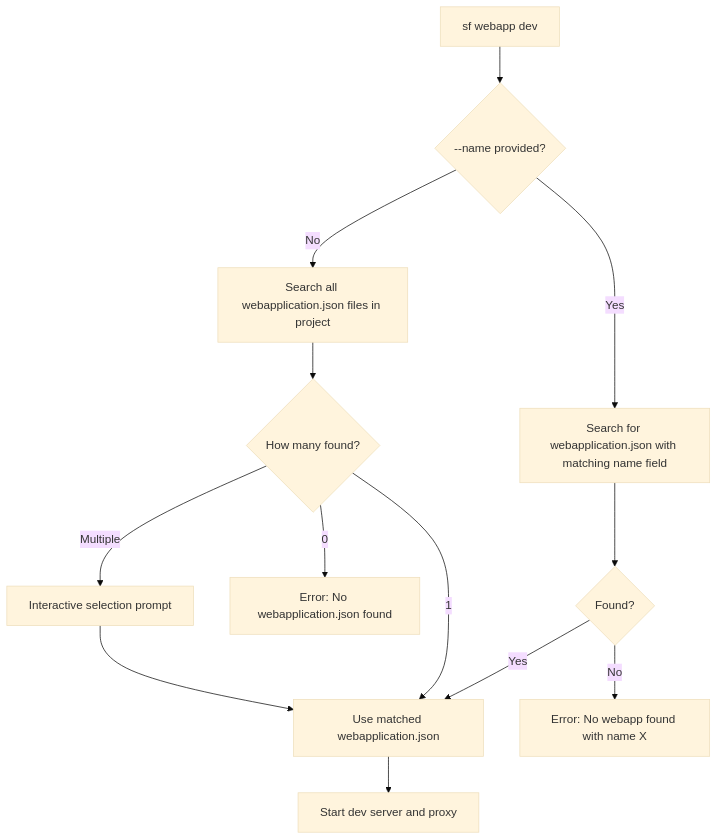
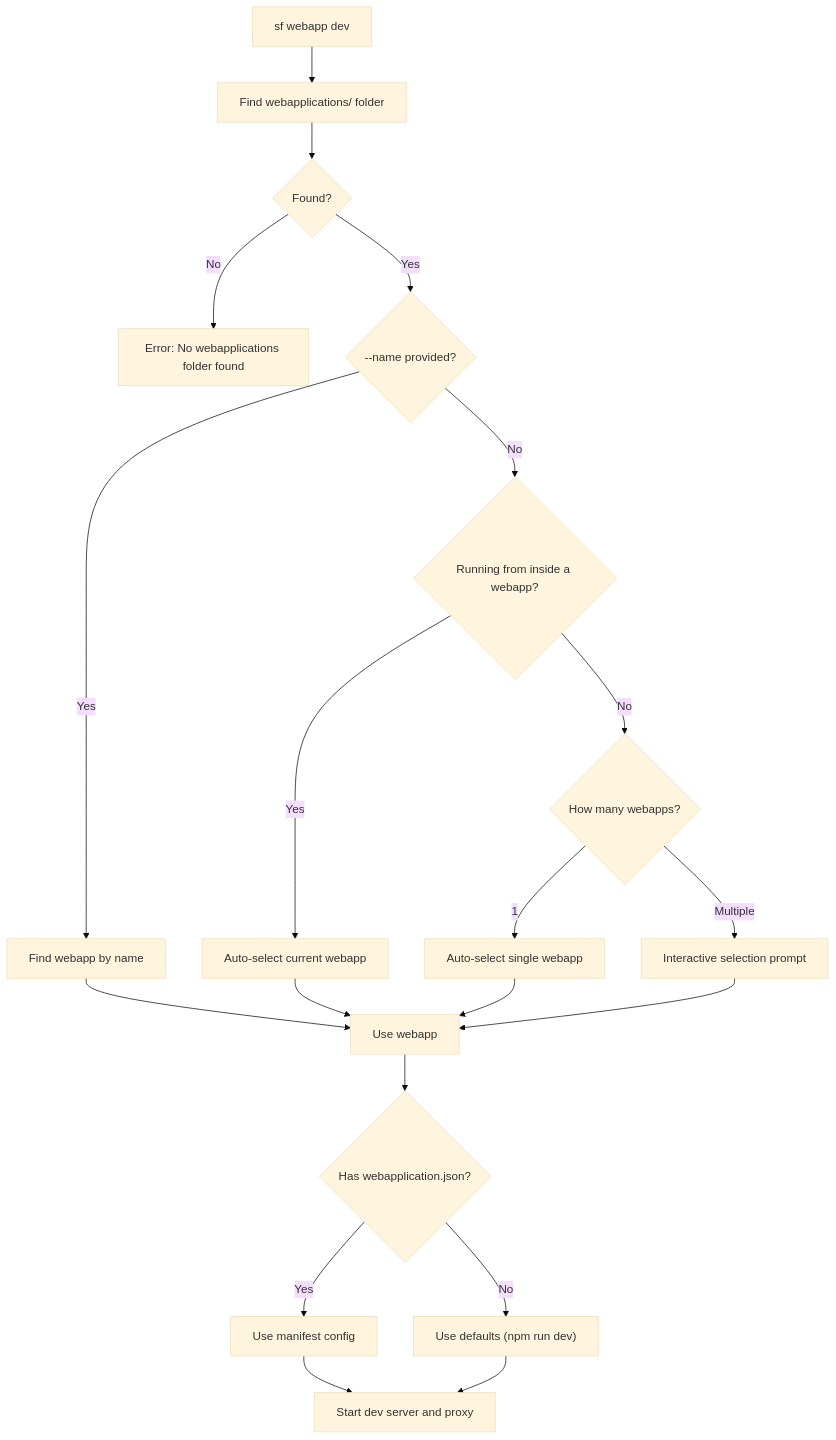
One commit to salesforcecli/plugin-ui-bundle-dev changed the diagram in SF_WEBAPP_DEV_GUIDE.md. Above: the diagram before and after it, drawn with Mermaid (base theme). The commit also changed other lines of this file and 17 other files, not shown here.

First line of the commit message:
feat: make webapplication.json optional for sf webapp dev command

````diff
--- a/SF_WEBAPP_DEV_GUIDE.md
+++ b/SF_WEBAPP_DEV_GUIDE.md
@@ -97,18 +102,28 @@
 ```mermaid
 flowchart TD
-    Start["sf webapp dev"] --> HasName{"--name provided?"}
-    HasName -->|Yes| SearchByName["Search for webapplication.json with matching name field"]
-    HasName -->|No| SearchAll["Search all webapplication.json files in project"]
+    Start["sf webapp dev"] --> FindFolder["Find webapplications/ folder"]
+    FindFolder --> Found{"Found?"}
+    Found -->|No| ErrorNone["Error: No webapplications folder found"]
+    Found -->|Yes| HasName{"--name provided?"}
 
-    SearchByName --> FoundMatch{"Found?"}
-    FoundMatch -->|Yes| UseManifest["Use matched webapplication.json"]
-    FoundMatch -->|No| ErrorNotFound["Error: No webapp found with name X"]
+    HasName -->|Yes| SearchByName["Find webapp by name"]
+    HasName -->|No| InsideWebapp{"Running from inside a webapp?"}
 
-    SearchAll --> Count{"How many found?"}
-    Count -->|0| ErrorNone["Error: No webapplication.json found"]
-    Count -->|1| UseManifest
+    InsideWebapp -->|Yes| AutoSelect["Auto-select current webapp"]
+    InsideWebapp -->|No| Count{"How many webapps?"}
+
+    Count -->|1| AutoSelectSingle["Auto-select single webapp"]
     Count -->|Multiple| Prompt["Interactive selection prompt"]
-    Prompt --> UseManifest
+
+    SearchByName --> UseWebapp["Use webapp"]
+    AutoSelect --> UseWebapp
+    AutoSelectSingle --> UseWebapp
+    Prompt --> UseWebapp
+
+    UseWebapp --> HasManifest{"Has webapplication.json?"}
+    HasManifest -->|Yes| UseManifest["Use manifest config"]
+    HasManifest -->|No| UseDefaults["Use defaults (npm run dev)"]
 
     UseManifest --> StartDev["Start dev server and proxy"]
+    UseDefaults --> StartDev
 ```
````
